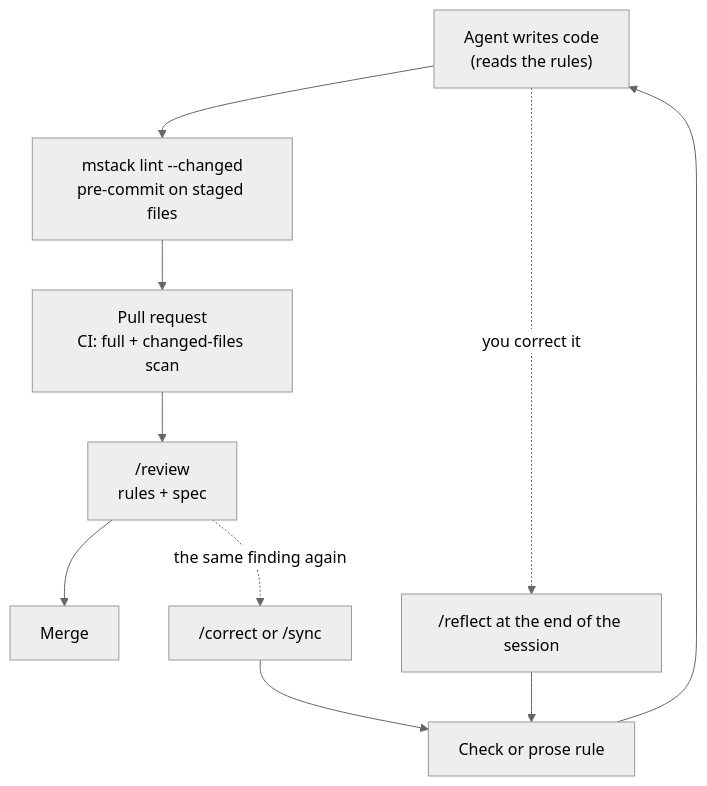
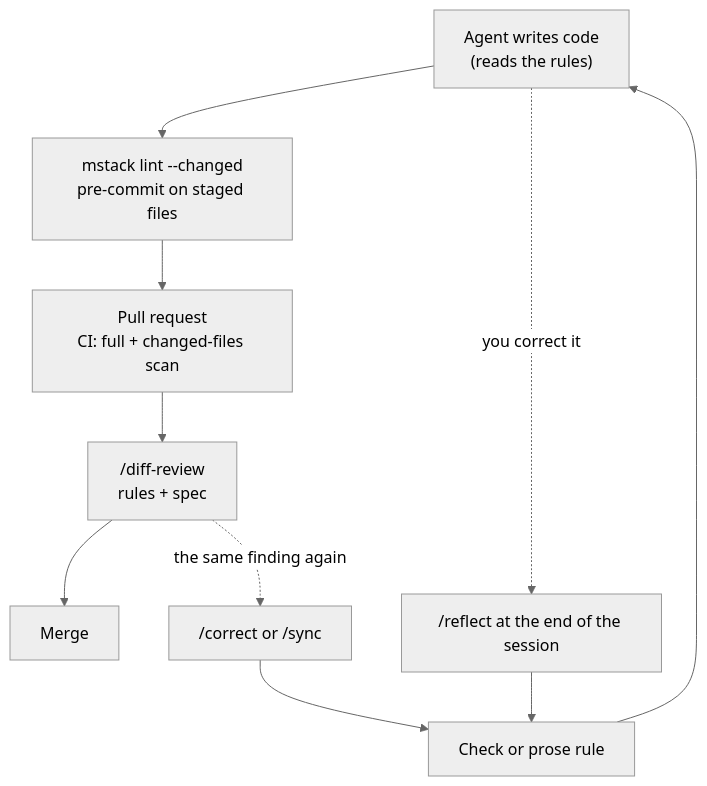
Before and after one commit to justmatias/mstack: the second of 2 diagrams in docs/workflow.md, drawn with Mermaid (neutral theme). The commit also changed other lines of this file and 12 other files, not shown here.

````diff
--- a/docs/workflow.md
+++ b/docs/workflow.md
@@ -58,12 +58,12 @@
 ```mermaid
 flowchart TD
     write["Agent writes code<br/>(reads the rules)"] --> local["mstack lint --changed<br/>pre-commit on staged files"]
     local --> pr["Pull request<br/>CI: full + changed-files scan"]
-    pr --> rev["/review<br/>rules + spec"]
+    pr --> rev["/diff-review<br/>rules + spec"]
     rev --> merge["Merge"]
     write -. "you correct it" .-> refl["/reflect at the end of the session"]
     rev -. "the same finding again" .-> corr["/correct or /sync"]
     refl --> rules["Check or prose rule"]
     corr --> rules
     rules --> write
 ```
````
